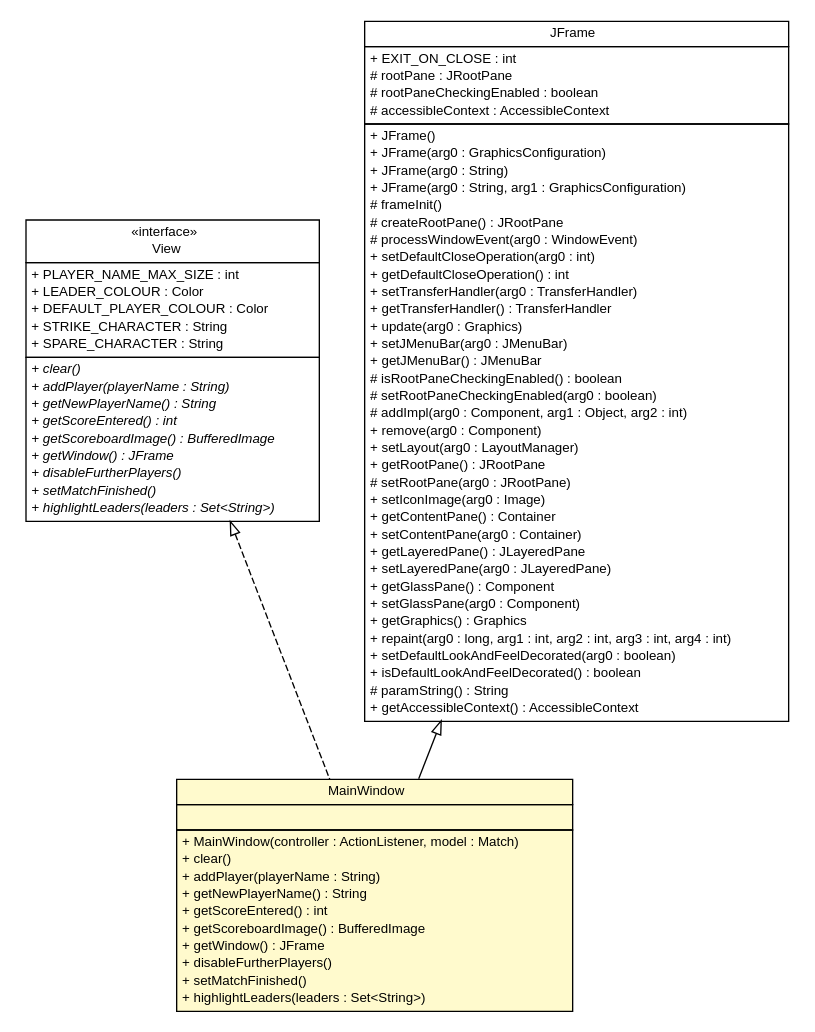
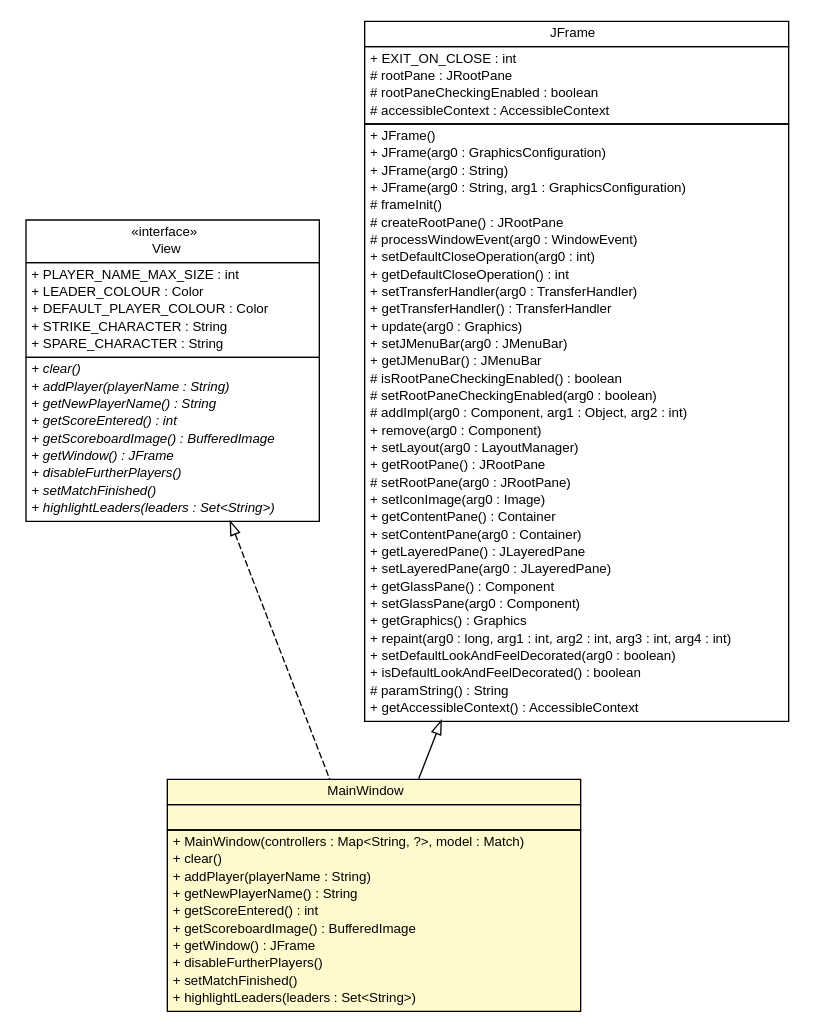
The diagram in documentation/api-javadoc/thmuggleton/view/impl/MainWindow.dot (thmuggleton/bowling-desktop), drawn with Graphviz before and after one commit. The commit also changed 199 other files, not shown here.

```diff
--- a/documentation/api-javadoc/thmuggleton/view/impl/MainWindow.dot
+++ b/documentation/api-javadoc/thmuggleton/view/impl/MainWindow.dot
@@ -1,110 +1,110 @@
 #!/usr/local/bin/dot
 #
 # Class diagram 
 # Generated by UMLGraph version R5_6 (http://www.umlgraph.org/)
 #
 
 digraph G {
 	edge [fontname="Helvetica",fontsize=10,labelfontname="Helvetica",labelfontsize=10];
 	node [fontname="Helvetica",fontsize=10,shape=plaintext];
 	nodesep=0.25;
 	ranksep=0.5;
 	// thmuggleton.view.View
-	c529 [label=<<table title="thmuggleton.view.View" border="0" cellborder="1" cellspacing="0" cellpadding="2" port="p" href="../View.html">
+	c599 [label=<<table title="thmuggleton.view.View" border="0" cellborder="1" cellspacing="0" cellpadding="2" port="p" href="../View.html">
 		<tr><td><table border="0" cellspacing="0" cellpadding="1">
 <tr><td align="center" balign="center"> &#171;interface&#187; </td></tr>
 <tr><td align="center" balign="center"> View </td></tr>
 		</table></td></tr>
 		<tr><td><table border="0" cellspacing="0" cellpadding="1">
 <tr><td align="left" balign="left"> + PLAYER_NAME_MAX_SIZE : int </td></tr>
 <tr><td align="left" balign="left"> + LEADER_COLOUR : Color </td></tr>
 <tr><td align="left" balign="left"> + DEFAULT_PLAYER_COLOUR : Color </td></tr>
 <tr><td align="left" balign="left"> + STRIKE_CHARACTER : String </td></tr>
 <tr><td align="left" balign="left"> + SPARE_CHARACTER : String </td></tr>
 		</table></td></tr>
 		<tr><td><table border="0" cellspacing="0" cellpadding="1">
 <tr><td align="left" balign="left"><font face="Helvetica-Oblique" point-size="10.0"> + clear() </font></td></tr>
 <tr><td align="left" balign="left"><font face="Helvetica-Oblique" point-size="10.0"> + addPlayer(playerName : String) </font></td></tr>
 <tr><td align="left" balign="left"><font face="Helvetica-Oblique" point-size="10.0"> + getNewPlayerName() : String </font></td></tr>
 <tr><td align="left" balign="left"><font face="Helvetica-Oblique" point-size="10.0"> + getScoreEntered() : int </font></td></tr>
 <tr><td align="left" balign="left"><font face="Helvetica-Oblique" point-size="10.0"> + getScoreboardImage() : BufferedImage </font></td></tr>
 <tr><td align="left" balign="left"><font face="Helvetica-Oblique" point-size="10.0"> + getWindow() : JFrame </font></td></tr>
 <tr><td align="left" balign="left"><font face="Helvetica-Oblique" point-size="10.0"> + disableFurtherPlayers() </font></td></tr>
 <tr><td align="left" balign="left"><font face="Helvetica-Oblique" point-size="10.0"> + setMatchFinished() </font></td></tr>
 <tr><td align="left" balign="left"><font face="Helvetica-Oblique" point-size="10.0"> + highlightLeaders(leaders : Set&lt;String&gt;) </font></td></tr>
 		</table></td></tr>
 		</table>>, URL="../View.html", fontname="Helvetica", fontcolor="black", fontsize=10.0];
 	// thmuggleton.view.impl.MainWindow
-	c532 [label=<<table title="thmuggleton.view.impl.MainWindow" border="0" cellborder="1" cellspacing="0" cellpadding="2" port="p" bgcolor="lemonChiffon" href="./MainWindow.html">
+	c602 [label=<<table title="thmuggleton.view.impl.MainWindow" border="0" cellborder="1" cellspacing="0" cellpadding="2" port="p" bgcolor="lemonChiffon" href="./MainWindow.html">
 		<tr><td><table border="0" cellspacing="0" cellpadding="1">
 <tr><td align="center" balign="center"> MainWindow </td></tr>
 		</table></td></tr>
 		<tr><td><table border="0" cellspacing="0" cellpadding="1">
 <tr><td align="left" balign="left">  </td></tr>
 		</table></td></tr>
 		<tr><td><table border="0" cellspacing="0" cellpadding="1">
-<tr><td align="left" balign="left"> + MainWindow(controller : ActionListener, model : Match) </td></tr>
+<tr><td align="left" balign="left"> + MainWindow(controllers : Map&lt;String, ?&gt;, model : Match) </td></tr>
 <tr><td align="left" balign="left"> + clear() </td></tr>
 <tr><td align="left" balign="left"> + addPlayer(playerName : String) </td></tr>
 <tr><td align="left" balign="left"> + getNewPlayerName() : String </td></tr>
 <tr><td align="left" balign="left"> + getScoreEntered() : int </td></tr>
 <tr><td align="left" balign="left"> + getScoreboardImage() : BufferedImage </td></tr>
 <tr><td align="left" balign="left"> + getWindow() : JFrame </td></tr>
 <tr><td align="left" balign="left"> + disableFurtherPlayers() </td></tr>
 <tr><td align="left" balign="left"> + setMatchFinished() </td></tr>
 <tr><td align="left" balign="left"> + highlightLeaders(leaders : Set&lt;String&gt;) </td></tr>
 		</table></td></tr>
 		</table>>, URL="./MainWindow.html", fontname="Helvetica", fontcolor="black", fontsize=10.0];
 	//thmuggleton.view.impl.MainWindow extends javax.swing.JFrame
-	c550:p -> c532:p [dir=back,arrowtail=empty];
+	c620:p -> c602:p [dir=back,arrowtail=empty];
 	//thmuggleton.view.impl.MainWindow implements thmuggleton.view.View
-	c529:p -> c532:p [dir=back,arrowtail=empty,style=dashed];
+	c599:p -> c602:p [dir=back,arrowtail=empty,style=dashed];
 	// javax.swing.JFrame
-	c550 [label=<<table title="javax.swing.JFrame" border="0" cellborder="1" cellspacing="0" cellpadding="2" port="p" href="http://java.sun.com/j2se/1.4.2/docs/api/javax/swing/JFrame.html">
+	c620 [label=<<table title="javax.swing.JFrame" border="0" cellborder="1" cellspacing="0" cellpadding="2" port="p" href="http://java.sun.com/j2se/1.4.2/docs/api/javax/swing/JFrame.html">
 		<tr><td><table border="0" cellspacing="0" cellpadding="1">
 <tr><td align="center" balign="center"> JFrame </td></tr>
 		</table></td></tr>
 		<tr><td><table border="0" cellspacing="0" cellpadding="1">
 <tr><td align="left" balign="left"> + EXIT_ON_CLOSE : int </td></tr>
 <tr><td align="left" balign="left"> # rootPane : JRootPane </td></tr>
 <tr><td align="left" balign="left"> # rootPaneCheckingEnabled : boolean </td></tr>
 <tr><td align="left" balign="left"> # accessibleContext : AccessibleContext </td></tr>
 		</table></td></tr>
 		<tr><td><table border="0" cellspacing="0" cellpadding="1">
 <tr><td align="left" balign="left"> + JFrame() </td></tr>
 <tr><td align="left" balign="left"> + JFrame(arg0 : GraphicsConfiguration) </td></tr>
 <tr><td align="left" balign="left"> + JFrame(arg0 : String) </td></tr>
 <tr><td align="left" balign="left"> + JFrame(arg0 : String, arg1 : GraphicsConfiguration) </td></tr>
 <tr><td align="left" balign="left"> # frameInit() </td></tr>
 <tr><td align="left" balign="left"> # createRootPane() : JRootPane </td></tr>
 <tr><td align="left" balign="left"> # processWindowEvent(arg0 : WindowEvent) </td></tr>
 <tr><td align="left" balign="left"> + setDefaultCloseOperation(arg0 : int) </td></tr>
 <tr><td align="left" balign="left"> + getDefaultCloseOperation() : int </td></tr>
 <tr><td align="left" balign="left"> + setTransferHandler(arg0 : TransferHandler) </td></tr>
 <tr><td align="left" balign="left"> + getTransferHandler() : TransferHandler </td></tr>
 <tr><td align="left" balign="left"> + update(arg0 : Graphics) </td></tr>
 <tr><td align="left" balign="left"> + setJMenuBar(arg0 : JMenuBar) </td></tr>
 <tr><td align="left" balign="left"> + getJMenuBar() : JMenuBar </td></tr>
 <tr><td align="left" balign="left"> # isRootPaneCheckingEnabled() : boolean </td></tr>
 <tr><td align="left" balign="left"> # setRootPaneCheckingEnabled(arg0 : boolean) </td></tr>
 <tr><td align="left" balign="left"> # addImpl(arg0 : Component, arg1 : Object, arg2 : int) </td></tr>
 <tr><td align="left" balign="left"> + remove(arg0 : Component) </td></tr>
 <tr><td align="left" balign="left"> + setLayout(arg0 : LayoutManager) </td></tr>
 <tr><td align="left" balign="left"> + getRootPane() : JRootPane </td></tr>
 <tr><td align="left" balign="left"> # setRootPane(arg0 : JRootPane) </td></tr>
 <tr><td align="left" balign="left"> + setIconImage(arg0 : Image) </td></tr>
 <tr><td align="left" balign="left"> + getContentPane() : Container </td></tr>
 <tr><td align="left" balign="left"> + setContentPane(arg0 : Container) </td></tr>
 <tr><td align="left" balign="left"> + getLayeredPane() : JLayeredPane </td></tr>
 <tr><td align="left" balign="left"> + setLayeredPane(arg0 : JLayeredPane) </td></tr>
 <tr><td align="left" balign="left"> + getGlassPane() : Component </td></tr>
 <tr><td align="left" balign="left"> + setGlassPane(arg0 : Component) </td></tr>
 <tr><td align="left" balign="left"> + getGraphics() : Graphics </td></tr>
 <tr><td align="left" balign="left"> + repaint(arg0 : long, arg1 : int, arg2 : int, arg3 : int, arg4 : int) </td></tr>
 <tr><td align="left" balign="left"> + setDefaultLookAndFeelDecorated(arg0 : boolean) </td></tr>
 <tr><td align="left" balign="left"> + isDefaultLookAndFeelDecorated() : boolean </td></tr>
 <tr><td align="left" balign="left"> # paramString() : String </td></tr>
 <tr><td align="left" balign="left"> + getAccessibleContext() : AccessibleContext </td></tr>
 		</table></td></tr>
 		</table>>, URL="http://java.sun.com/j2se/1.4.2/docs/api/javax/swing/JFrame.html", fontname="Helvetica", fontcolor="black", fontsize=10.0];
 }
```
